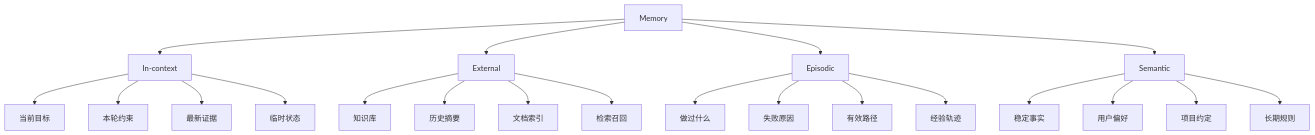
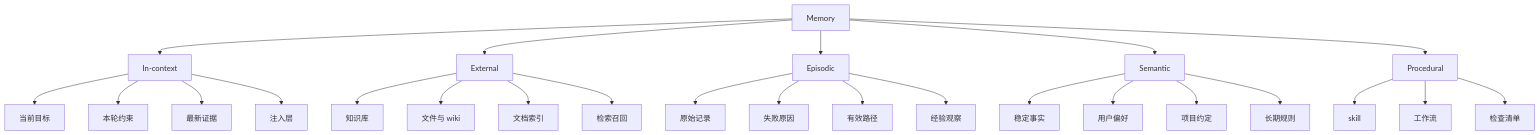
Before and after one commit to xiaoqianbaobao/ai-guide: the second of 4 diagrams in docs/03-memory/four-memory-types.md, drawn with Mermaid. The commit also changed other lines of this file and 1 other file, not shown here.

````diff
--- a/docs/03-memory/four-memory-types.md
+++ b/docs/03-memory/four-memory-types.md
@@ -165,24 +206,28 @@
 ```mermaid
 flowchart TD
     A[Memory]
     A --> B[In-context]
     A --> C[External]
     A --> D[Episodic]
     A --> E[Semantic]
+    A --> P[Procedural]
     B --> B1[当前目标]
     B --> B2[本轮约束]
     B --> B3[最新证据]
-    B --> B4[临时状态]
+    B --> B4[注入层]
     C --> C1[知识库]
-    C --> C2[历史摘要]
+    C --> C2[文件与 wiki]
     C --> C3[文档索引]
     C --> C4[检索召回]
-    D --> D1[做过什么]
+    D --> D1[原始记录]
     D --> D2[失败原因]
     D --> D3[有效路径]
-    D --> D4[经验轨迹]
+    D --> D4[经验观察]
     E --> E1[稳定事实]
     E --> E2[用户偏好]
     E --> E3[项目约定]
     E --> E4[长期规则]
+    P --> P1[skill]
+    P --> P2[工作流]
+    P --> P3[检查清单]
 ```
````
